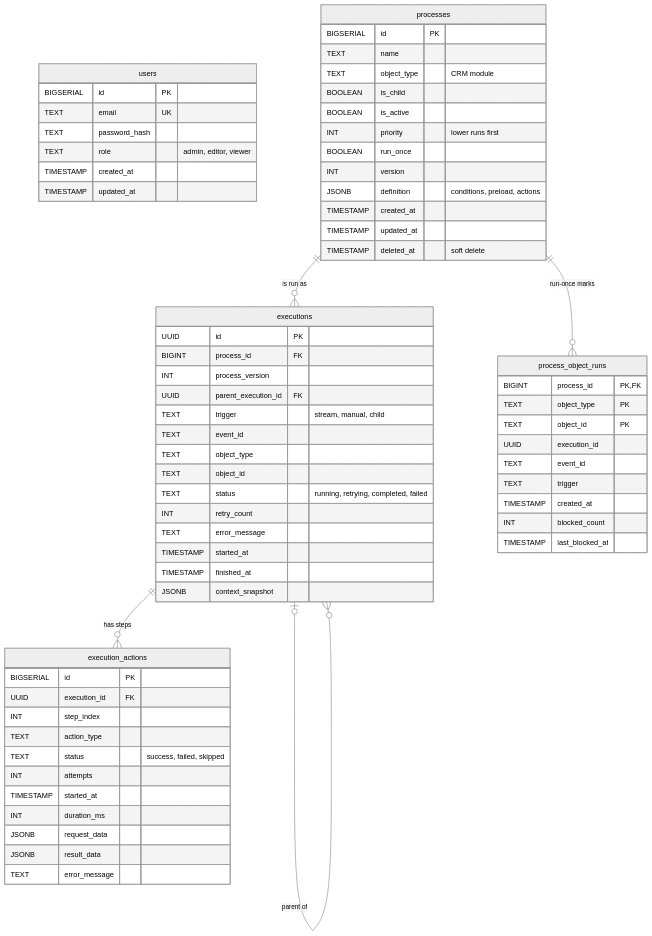
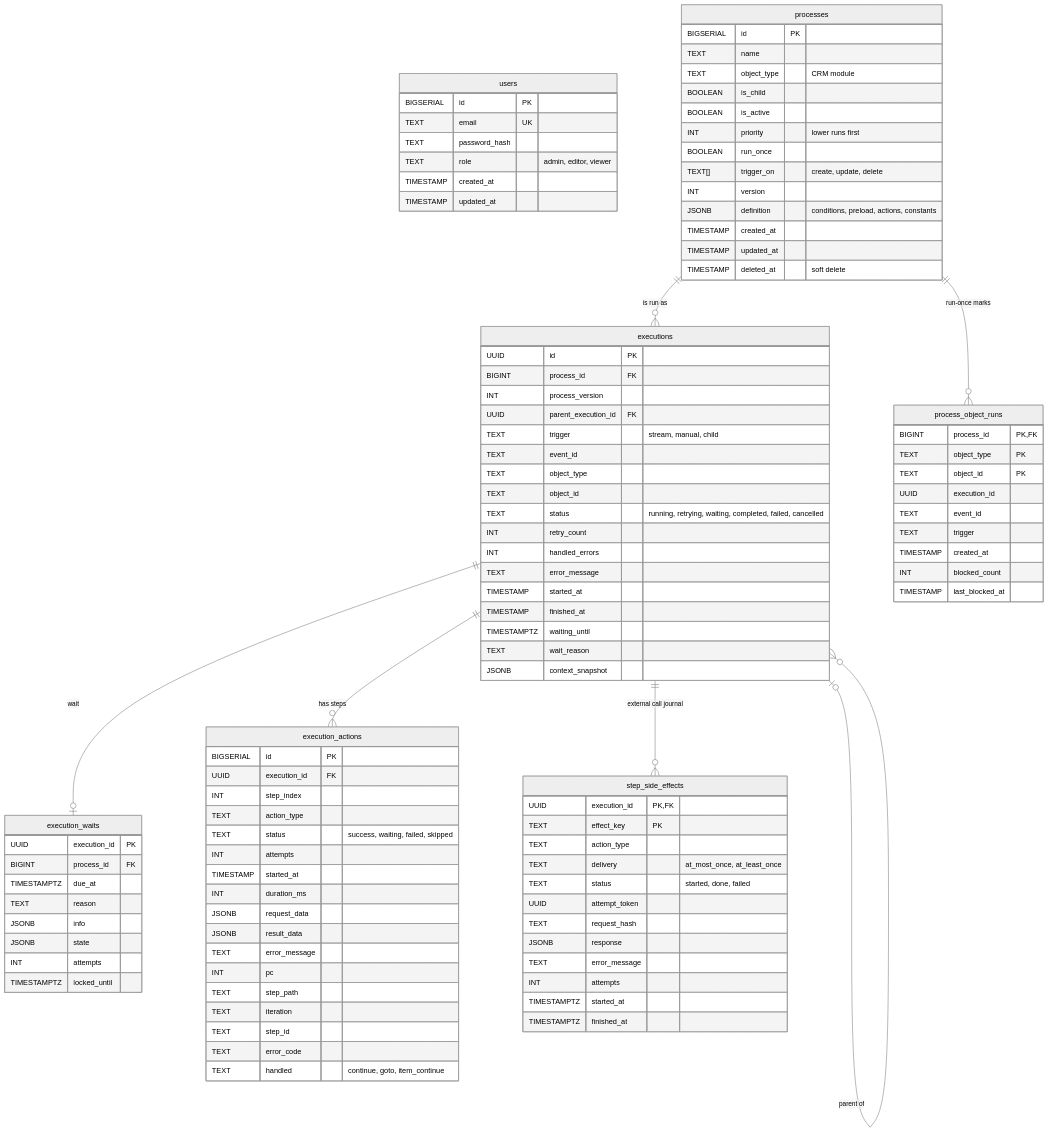
Before and after one commit to madarch-labs/Workflow-Processing-Service: the first of 2 diagrams in doc/en/05-architecture/data-model.md, drawn with Mermaid (neutral theme). The commit also changed other lines of this file and 470 other files, not shown here.

````diff
--- a/doc/en/05-architecture/data-model.md
+++ b/doc/en/05-architecture/data-model.md
@@ -30,8 +29,9 @@
         BOOLEAN is_active
         INT priority "lower runs first"
         BOOLEAN run_once
+        TEXT[] trigger_on "create, update, delete"
         INT version
-        JSONB definition "conditions, preload, actions"
+        JSONB definition "conditions, preload, actions, constants"
         TIMESTAMP created_at
         TIMESTAMP updated_at
         TIMESTAMP deleted_at "soft delete"
@@ -45,25 +45,44 @@
         TEXT event_id
         TEXT object_type
         TEXT object_id
-        TEXT status "running, retrying, completed, failed"
+        TEXT status "running, retrying, waiting, completed, failed, cancelled"
         INT retry_count
+        INT handled_errors
         TEXT error_message
         TIMESTAMP started_at
         TIMESTAMP finished_at
+        TIMESTAMPTZ waiting_until
+        TEXT wait_reason
         JSONB context_snapshot
+    }
+    execution_waits {
+        UUID execution_id PK
+        BIGINT process_id FK
+        TIMESTAMPTZ due_at
+        TEXT reason
+        JSONB info
+        JSONB state
+        INT attempts
+        TIMESTAMPTZ locked_until
     }
     execution_actions {
         BIGSERIAL id PK
         UUID execution_id FK
         INT step_index
         TEXT action_type
-        TEXT status "success, failed, skipped"
+        TEXT status "success, waiting, failed, skipped"
         INT attempts
         TIMESTAMP started_at
         INT duration_ms
         JSONB request_data
         JSONB result_data
         TEXT error_message
+        INT pc
+        TEXT step_path
+        TEXT iteration
+        TEXT step_id
+        TEXT error_code
+        TEXT handled "continue, goto, item_continue"
     }
     process_object_runs {
         BIGINT process_id PK, FK
@@ -76,9 +95,25 @@
         INT blocked_count
         TIMESTAMP last_blocked_at
     }
+    step_side_effects {
+        UUID execution_id PK, FK
+        TEXT effect_key PK
+        TEXT action_type
+        TEXT delivery "at_most_once, at_least_once"
+        TEXT status "started, done, failed"
+        UUID attempt_token
+        TEXT request_hash
+        JSONB response
+        TEXT error_message
+        INT attempts
+        TIMESTAMPTZ started_at
+        TIMESTAMPTZ finished_at
+    }
 
     processes ||--o{ executions : "is run as"
     executions ||--o{ execution_actions : "has steps"
     executions |o--o{ executions : "parent of"
     processes ||--o{ process_object_runs : "run-once marks"
+    executions ||--o{ step_side_effects : "external call journal"
+    executions ||--o| execution_waits : "wait"
 ```
````
